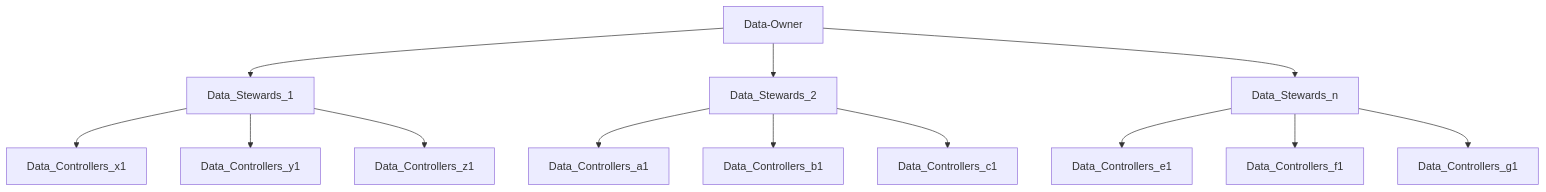
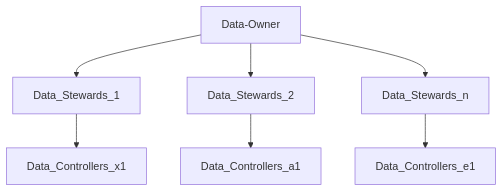
Before and after one commit to shyamsunderrai/DMC: the diagram in Governance/Governance.MD, drawn with Mermaid.

````diff
--- a/Governance/Governance.MD
+++ b/Governance/Governance.MD
@@ -10,15 +10,9 @@
 ```mermaid
 graph TD;
     Data-Owner-->Data_Stewards_1;
     Data-Owner-->Data_Stewards_2;
     Data-Owner-->Data_Stewards_n; 
     Data_Stewards_1-->Data_Controllers_x1;
-    Data_Stewards_1-->Data_Controllers_y1;
-    Data_Stewards_1-->Data_Controllers_z1;
     Data_Stewards_2-->Data_Controllers_a1;
-    Data_Stewards_2-->Data_Controllers_b1;
-    Data_Stewards_2-->Data_Controllers_c1;
     Data_Stewards_n-->Data_Controllers_e1;
-    Data_Stewards_n-->Data_Controllers_f1;
-    Data_Stewards_n-->Data_Controllers_g1;
 ```
````
